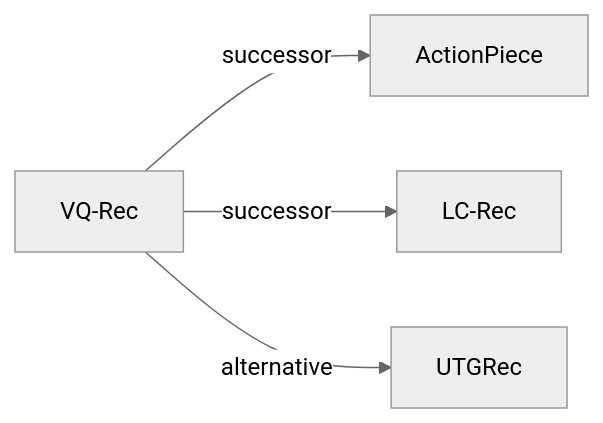
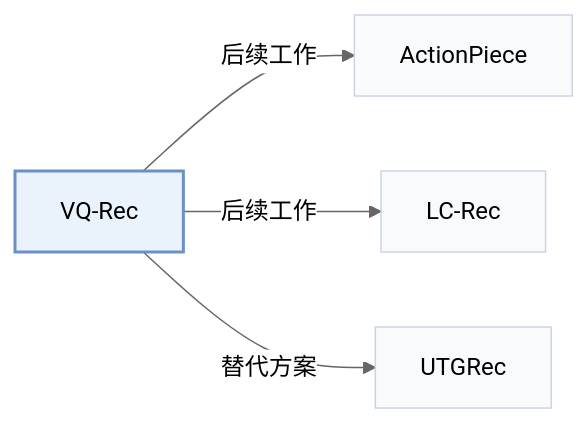
One commit to Galaxy-ghost/Awesome-SID-Generative-Rec changed the third of 3 diagrams in pages/zh/papers/vq-rec.md. Above: the diagram before and after it, drawn with Mermaid (neutral theme). The commit also changed other lines of this file and 649 other files, not shown here.

Commit message:
writer-05: also tags and modality index (schema, check, build, visuals); summary field removed; calibration data for 12 papers

````diff
--- a/pages/zh/papers/vq-rec.md
+++ b/pages/zh/papers/vq-rec.md
@@ -136,7 +142,11 @@
 ```mermaid
 flowchart LR
     P["VQ-Rec"]
-    P -->|successor| A["ActionPiece"]
-    P -->|successor| B["LC-Rec"]
-    P -->|alternative| C["UTGRec"]
+    P -->|"后续工作"| A["ActionPiece"]
+    P -->|"后续工作"| B["LC-Rec"]
+    P -->|"替代方案"| C["UTGRec"]
+    classDef main fill:#eaf2fb,stroke:#6b8fc7,stroke-width:2px
+    classDef peer fill:#f8fafc,stroke:#cbd5e1
+    class P main
+    class A,B,C peer
 ```
````
